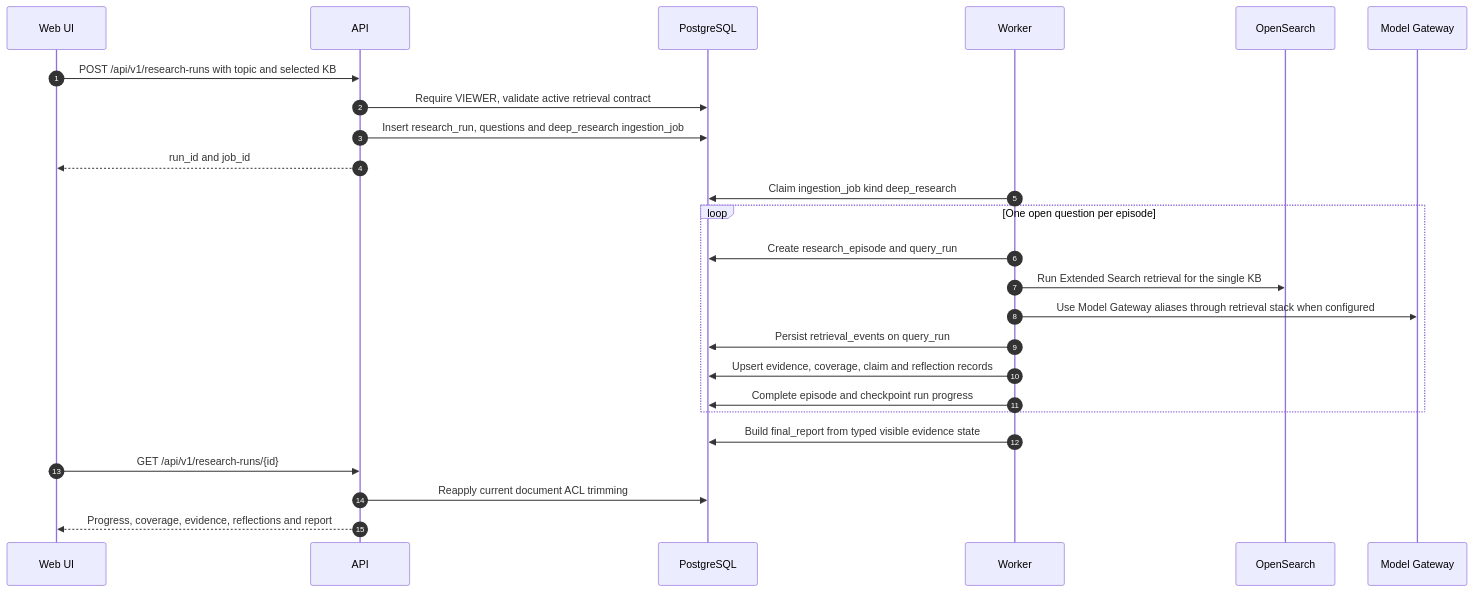
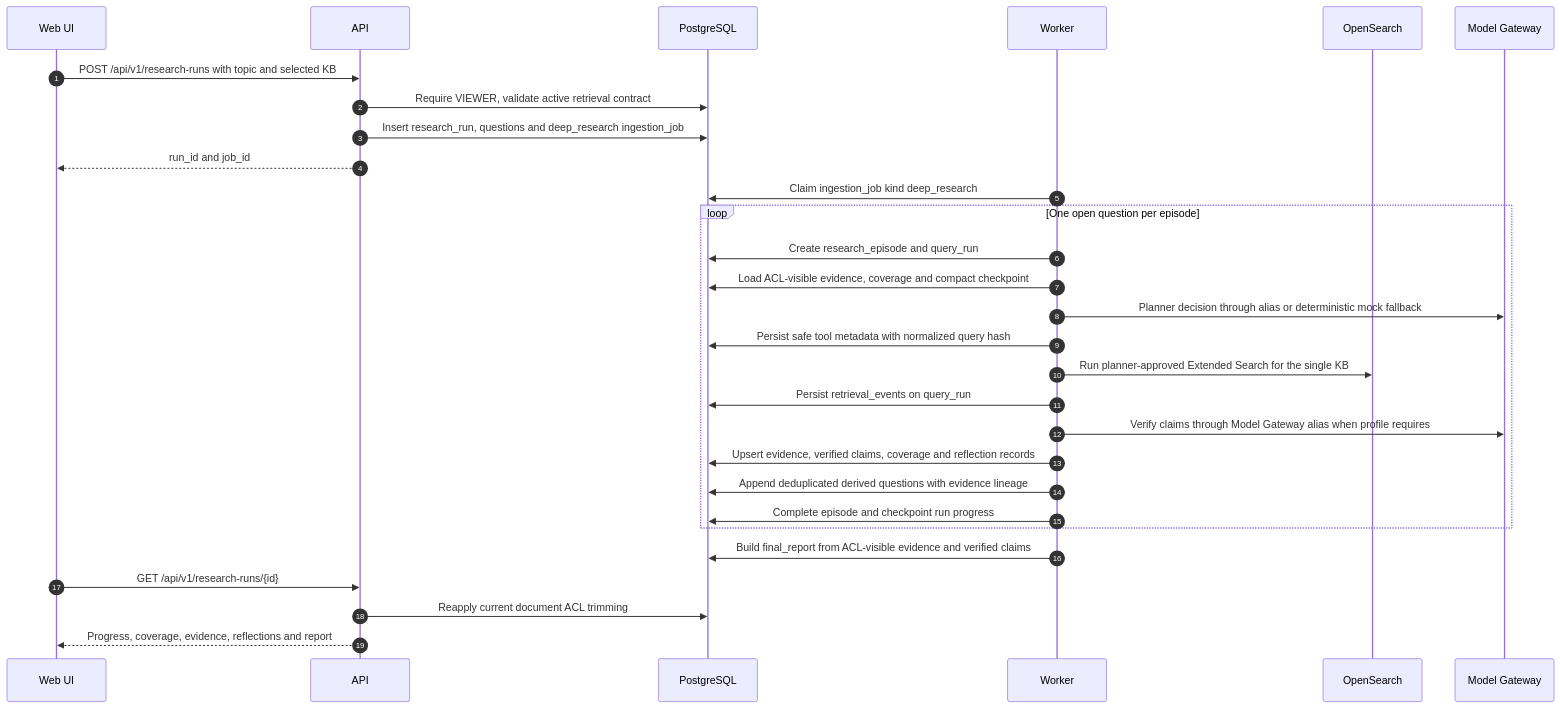
Before and after one commit to StickyClown/Wikipedia-RAG: the eighth of 11 diagrams in docs/architecture/flows.md, drawn with Mermaid. The commit also changed other lines of this file and 106 other files, not shown here.

````diff
--- a/docs/architecture/flows.md
+++ b/docs/architecture/flows.md
@@ -201,28 +207,32 @@
 ```mermaid
 sequenceDiagram
     autonumber
     participant UI as Web UI
     participant API as API
     participant DB as PostgreSQL
     participant W as Worker
     participant OS as OpenSearch
     participant GW as Model Gateway
 
     UI->>API: POST /api/v1/research-runs with topic and selected KB
     API->>DB: Require VIEWER, validate active retrieval contract
     API->>DB: Insert research_run, questions and deep_research ingestion_job
     API-->>UI: run_id and job_id
     W->>DB: Claim ingestion_job kind deep_research
     loop One open question per episode
         W->>DB: Create research_episode and query_run
-        W->>OS: Run Extended Search retrieval for the single KB
-        W->>GW: Use Model Gateway aliases through retrieval stack when configured
+        W->>DB: Load ACL-visible evidence, coverage and compact checkpoint
+        W->>GW: Planner decision through alias or deterministic mock fallback
+        W->>DB: Persist safe tool metadata with normalized query hash
+        W->>OS: Run planner-approved Extended Search for the single KB
         W->>DB: Persist retrieval_events on query_run
-        W->>DB: Upsert evidence, coverage, claim and reflection records
+        W->>GW: Verify claims through Model Gateway alias when profile requires
+        W->>DB: Upsert evidence, verified claims, coverage and reflection records
+        W->>DB: Append deduplicated derived questions with evidence lineage
         W->>DB: Complete episode and checkpoint run progress
     end
-    W->>DB: Build final_report from typed visible evidence state
+    W->>DB: Build final_report from ACL-visible evidence and verified claims
     UI->>API: GET /api/v1/research-runs/{id}
     API->>DB: Reapply current document ACL trimming
     API-->>UI: Progress, coverage, evidence, reflections and report
 ```
````
